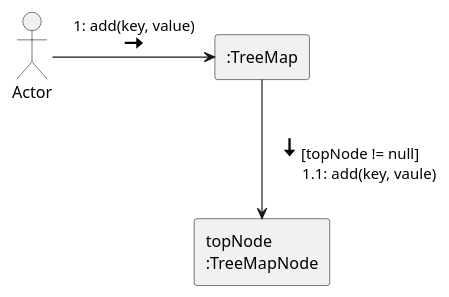
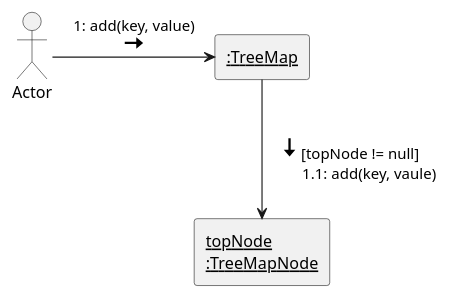
Before and after one commit to JongSeob/Draw-UML-in-UML-for-JAVA: the diagram in Chater 1/Figure_1.5.puml, drawn with PlantUML. The commit also changed 9 other files, not shown here.

```diff
--- a/Chater 1/Figure_1.5.puml
+++ b/Chater 1/Figure_1.5.puml
@@ -1,16 +1,17 @@
-@startuml TreeMap_CollaborationDiagram
+@startuml Figure_1.5
+' TreeMap_CollaborationDiagram
 
 actor Actor
-rectangle ":TreeMap" as TreeMap
-rectangle "topNode\n:TreeMapNode" as topNode
+rectangle "<u>:TreeMap</u>" as TreeMap
+rectangle "<u>topNode</u>\n<u>:TreeMapNode</u>" as topNode
 
 Actor   -right-> TreeMap : "1: add(key, value)\n<size:24><&arrow-right></size>"
 TreeMap -down->  topNode : "<size:24><&arrow-bottom></size>[topNode != null]\n          1.1: add(key, vaule)"
 
 'Others icons
 '<&arrow-left>
 '<&arrow-right>
 '<&arrow-top>
 '<&arrow-bottom>
 '<&loop-circular>
 @enduml
```
